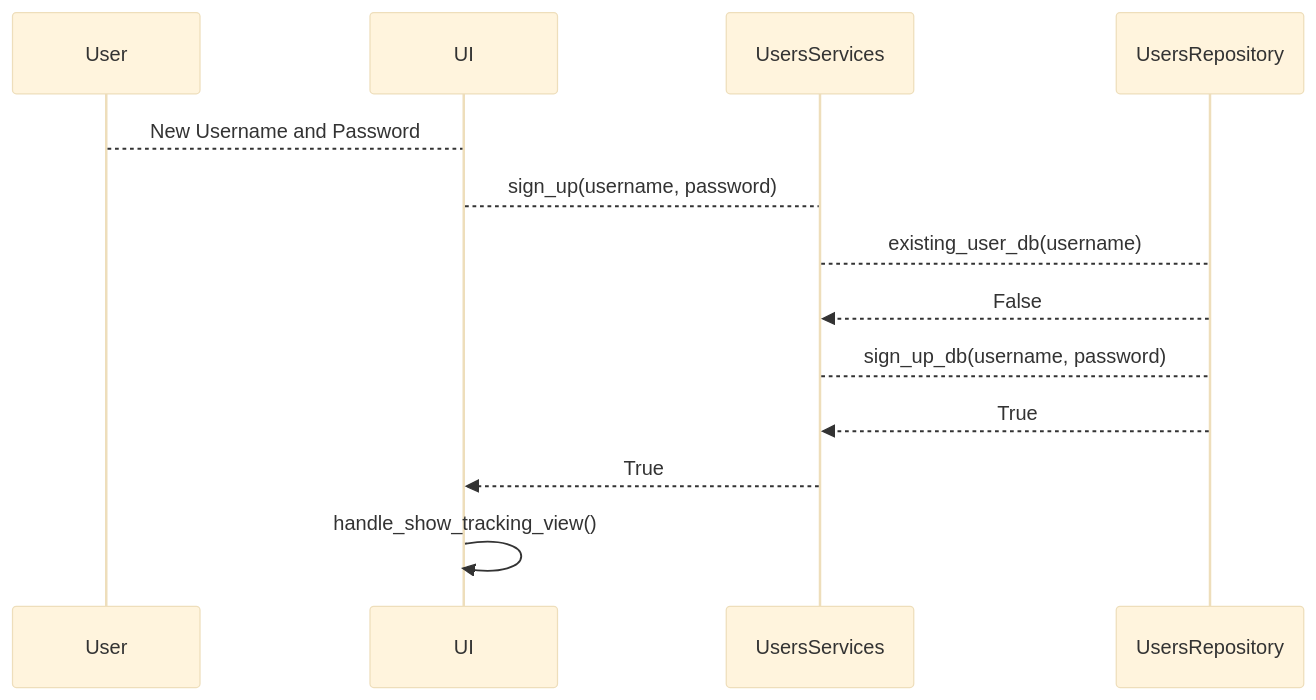
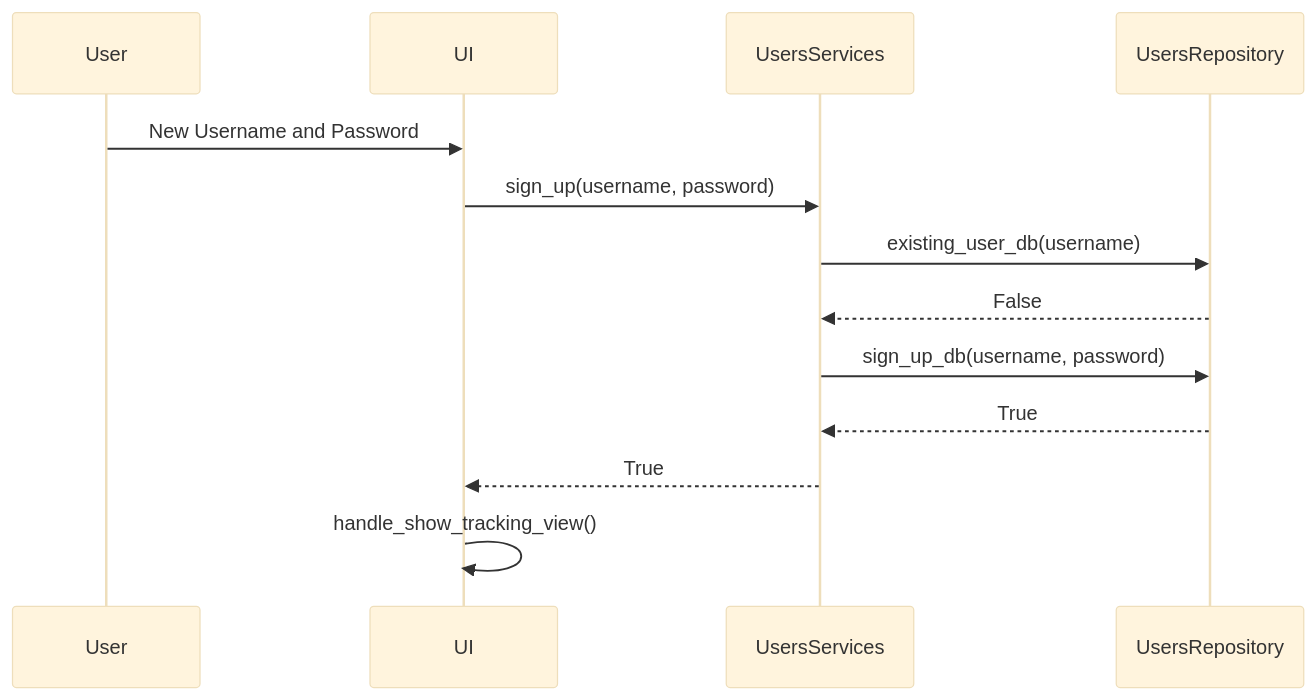
One commit to hhuuskon/ohte-harjoitustyo changed the second of 2 diagrams in SeuraaOpintojasi/dokumentaatio/arkkitehtuurikuvaus.md. Above: the diagram before and after it, drawn with Mermaid (base theme). The commit also changed other lines of this file, not shown here.

````diff
--- a/SeuraaOpintojasi/dokumentaatio/arkkitehtuurikuvaus.md
+++ b/SeuraaOpintojasi/dokumentaatio/arkkitehtuurikuvaus.md
@@ -61,15 +73,15 @@
 ```mermaid
 sequenceDiagram
     participant User
     participant UI
     participant UsersServices
     participant UsersRepository
-    User-->UI: New Username and Password
-    UI-->UsersServices: sign_up(username, password)
-    UsersServices-->UsersRepository: existing_user_db(username)
+    User->>UI: New Username and Password
+    UI->>UsersServices: sign_up(username, password)
+    UsersServices->>UsersRepository: existing_user_db(username)
     UsersRepository-->>UsersServices: False
-    UsersServices-->UsersRepository: sign_up_db(username, password)
+    UsersServices->>UsersRepository: sign_up_db(username, password)
     UsersRepository-->>UsersServices: True
     UsersServices-->>UI: True
     UI->>UI: handle_show_tracking_view()
 ```
````
